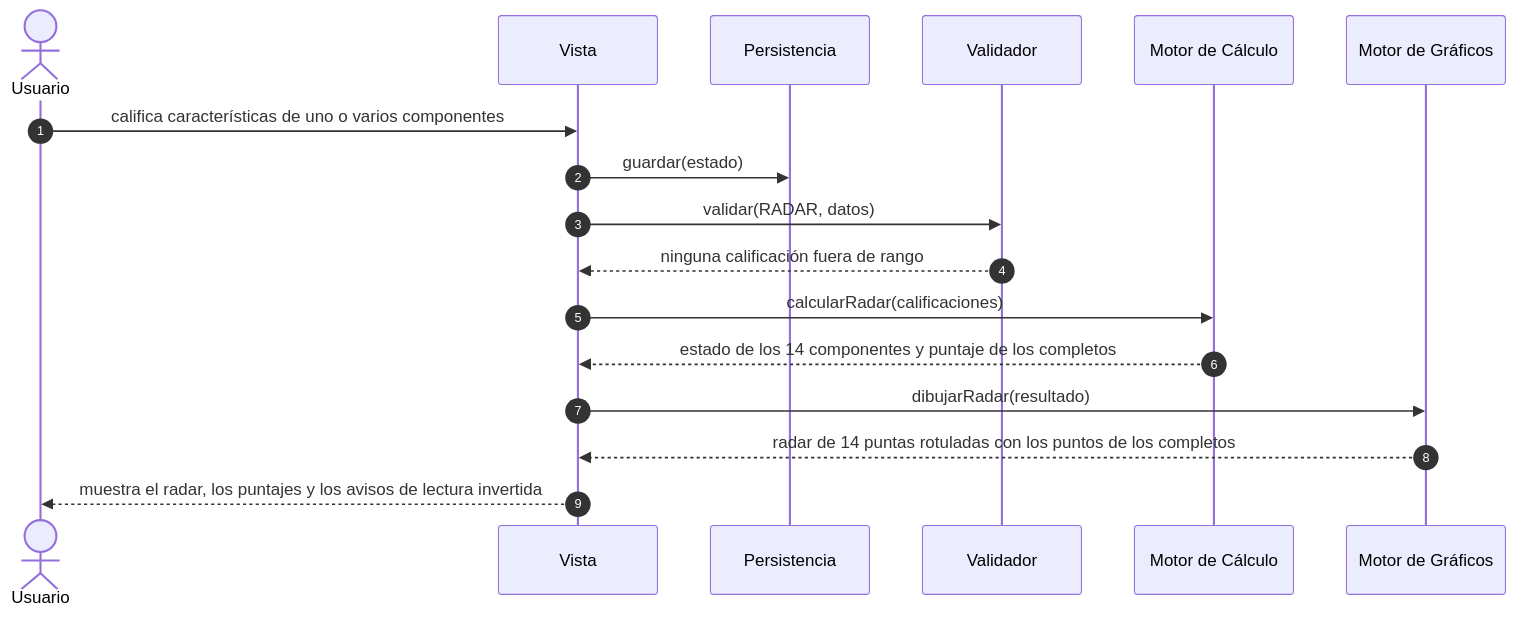
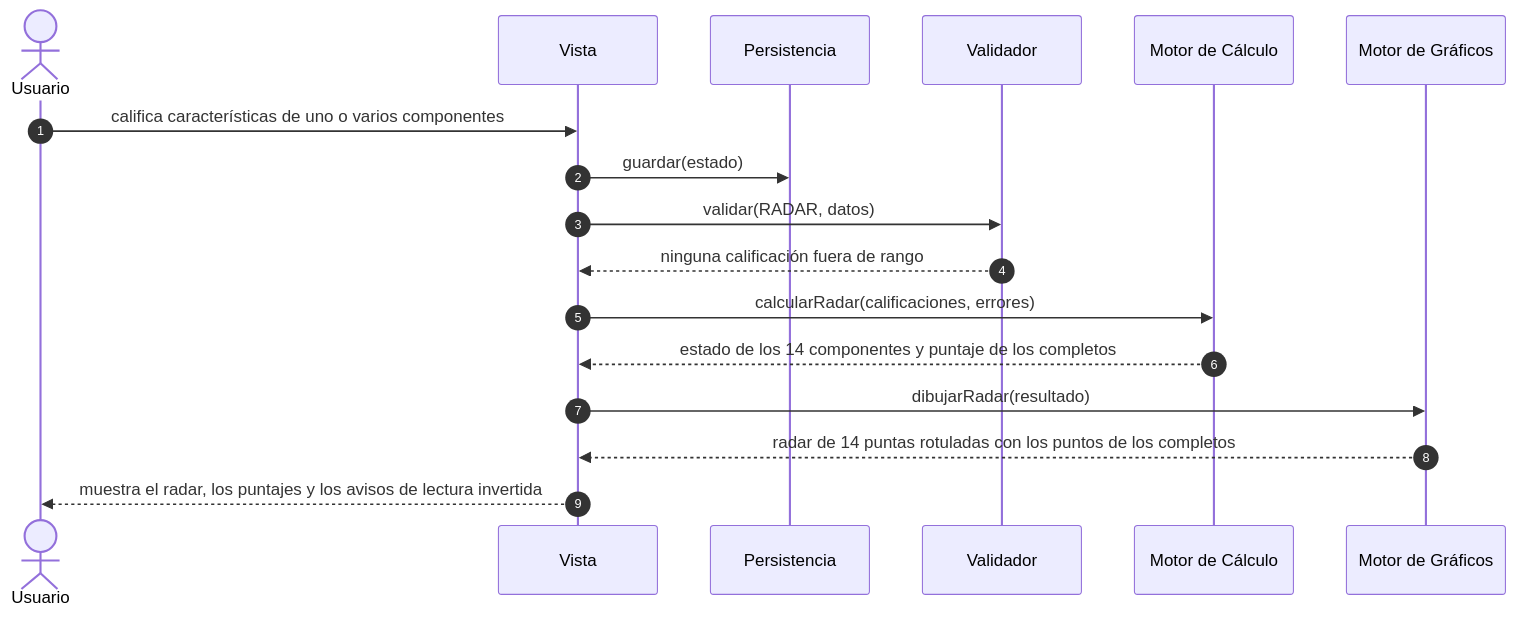
One commit to gerson-chumpitaz/mtx changed the ninth of 11 diagrams in VUP.md. Above: the diagram before and after it, drawn with Mermaid. The commit also changed other lines of this file, not shown here.

Commit message:
Completar la sincronizacion de la firma de calcularRadar en las cuatro menciones que quedaron del commit anterior

````diff
--- a/VUP.md
+++ b/VUP.md
@@ -2511,19 +2511,19 @@
 ```mermaid
 sequenceDiagram
     autonumber
     actor U as Usuario
     participant V as Vista
     participant P as Persistencia
     participant VA as Validador
     participant MC as Motor de Cálculo
     participant MG as Motor de Gráficos
     U->>V: califica características de uno o varios componentes
     V->>P: guardar(estado)
     V->>VA: validar(RADAR, datos)
     VA-->>V: ninguna calificación fuera de rango
-    V->>MC: calcularRadar(calificaciones)
+    V->>MC: calcularRadar(calificaciones, errores)
     MC-->>V: estado de los 14 componentes y puntaje de los completos
     V->>MG: dibujarRadar(resultado)
     MG-->>V: radar de 14 puntas rotuladas con los puntos de los completos
     V-->>U: muestra el radar, los puntajes y los avisos de lectura invertida
 ```
````
